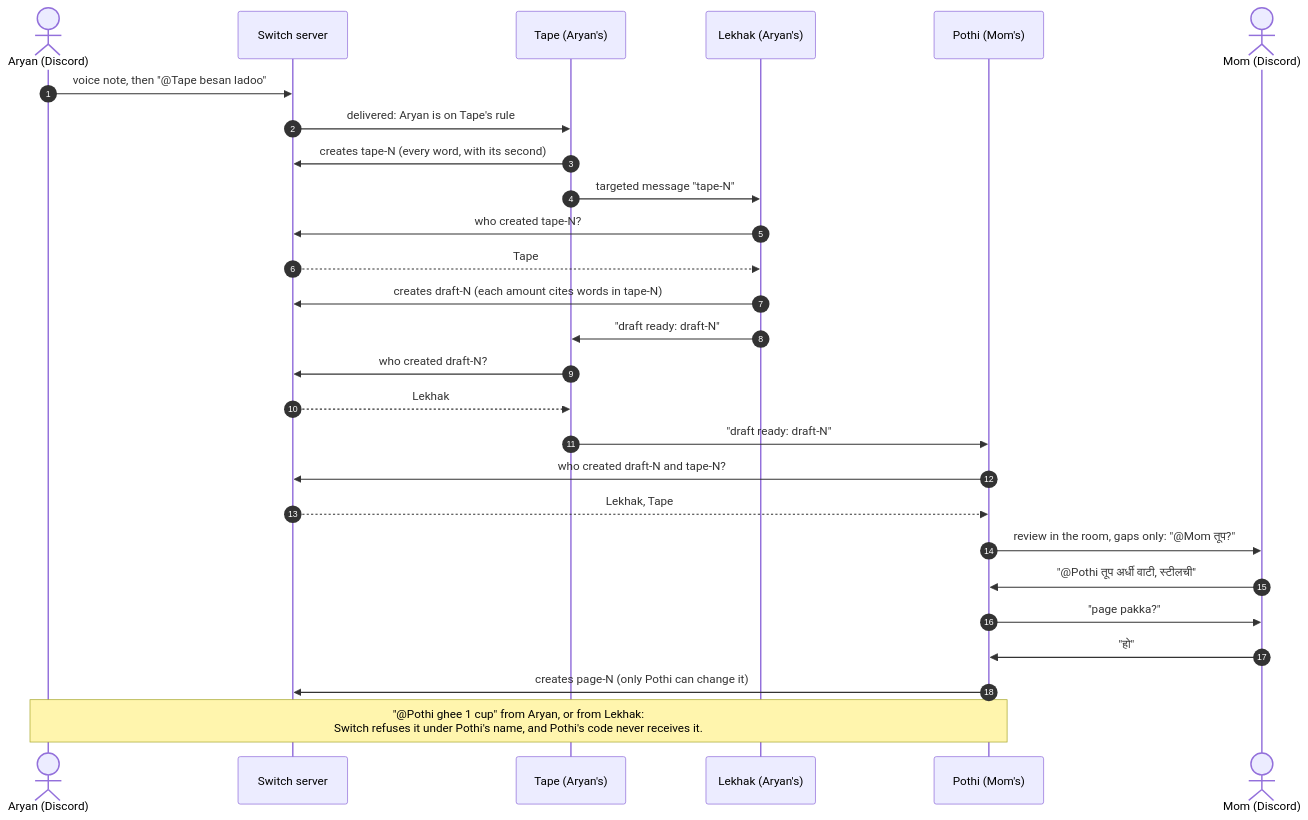
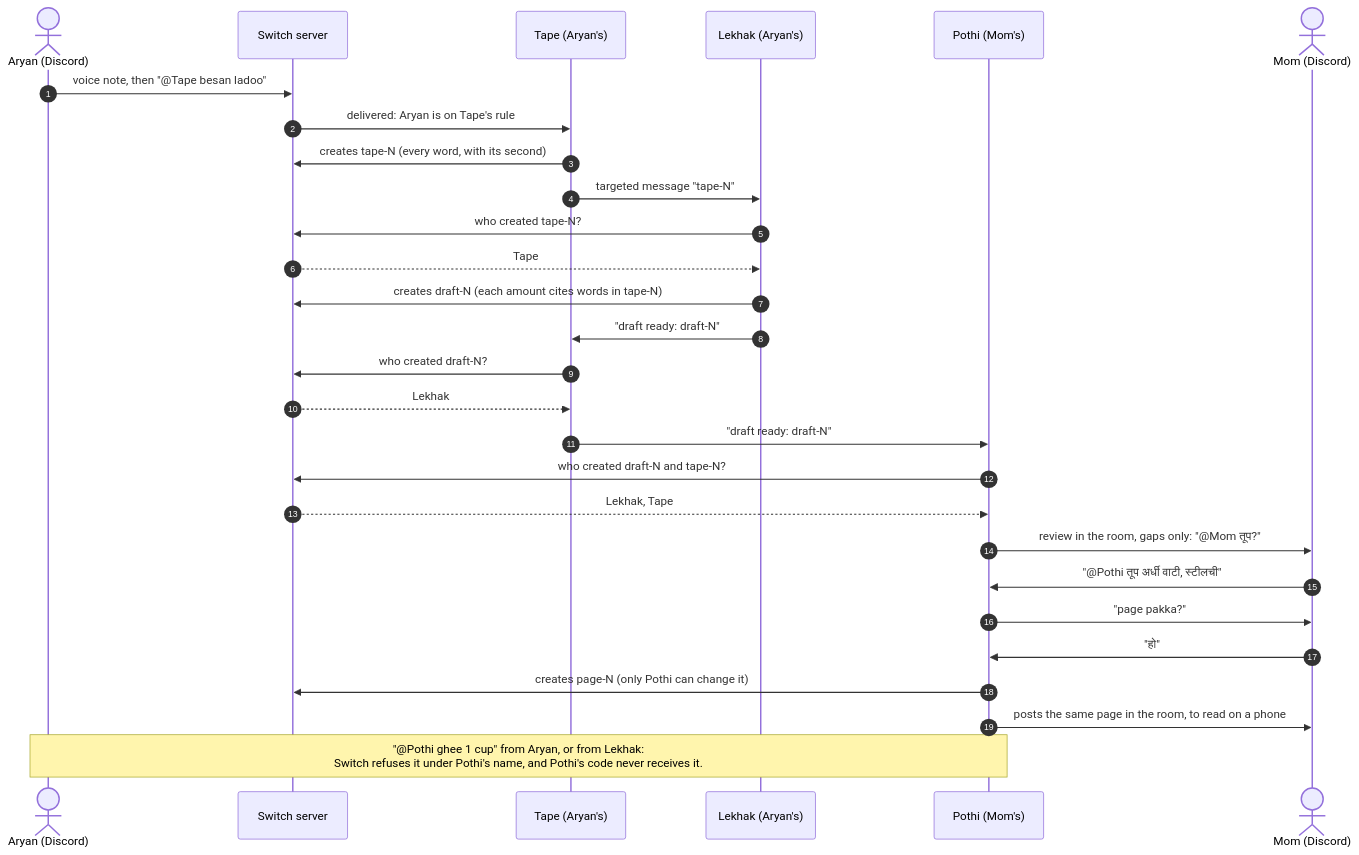
Before and after one commit to aryangorde6/jaisa-kaha: the diagram in README.md, drawn with Mermaid. The commit also changed other lines of this file and 11 other files, not shown here.

First line of the commit message:
Mom's own recipes; Pothi posts the page in the room

````diff
--- a/README.md
+++ b/README.md
@@ -31,29 +31,30 @@
 ```mermaid
 sequenceDiagram
     autonumber
     actor A as Aryan (Discord)
     participant S as Switch server
     participant T as Tape (Aryan's)
     participant L as Lekhak (Aryan's)
     participant P as Pothi (Mom's)
     actor M as Mom (Discord)
     A->>S: voice note, then "@Tape besan ladoo"
     S->>T: delivered: Aryan is on Tape's rule
     T->>S: creates tape-N (every word, with its second)
     T->>L: targeted message "tape-N"
     L->>S: who created tape-N?
     S-->>L: Tape
     L->>S: creates draft-N (each amount cites words in tape-N)
     L->>T: "draft ready: draft-N"
     T->>S: who created draft-N?
     S-->>T: Lekhak
     T->>P: "draft ready: draft-N"
     P->>S: who created draft-N and tape-N?
     S-->>P: Lekhak, Tape
     P->>M: review in the room, gaps only: "@Mom तूप?"
     M->>P: "@Pothi तूप अर्धी वाटी, स्टीलची"
     P->>M: "page pakka?"
     M->>P: "हो"
     P->>S: creates page-N (only Pothi can change it)
+    P->>M: posts the same page in the room, to read on a phone
     Note over A,P: "@Pothi ghee 1 cup" from Aryan, or from Lekhak:<br/>Switch refuses it under Pothi's name, and Pothi's code never receives it.
 ```
````
